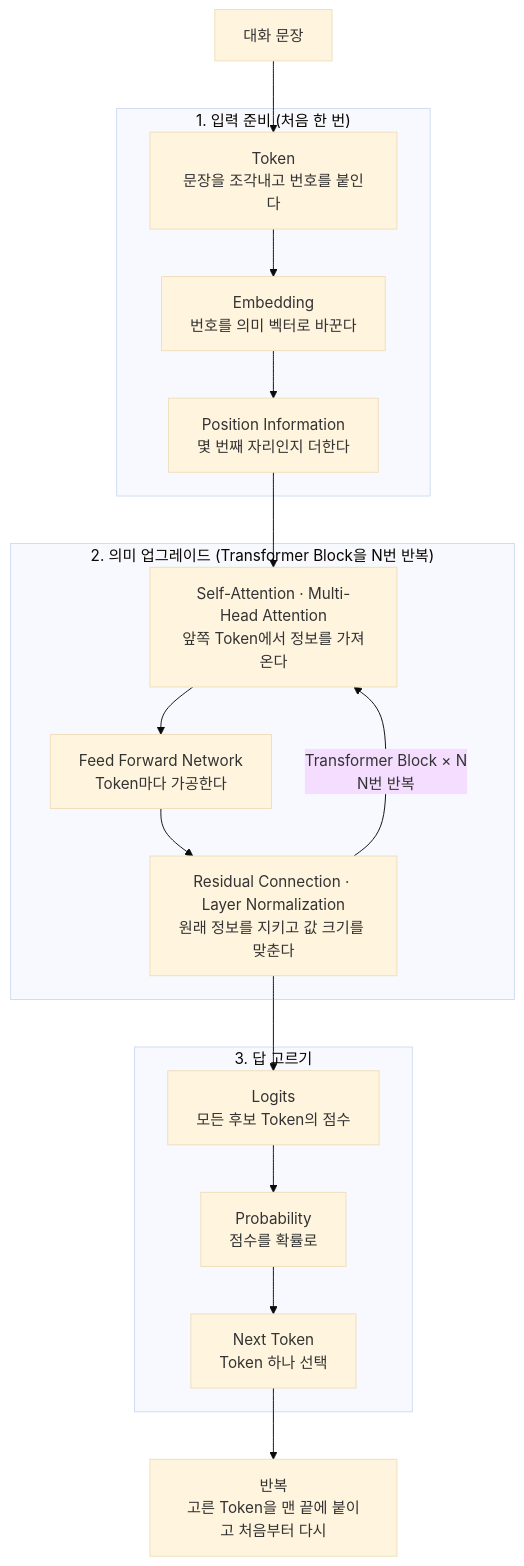
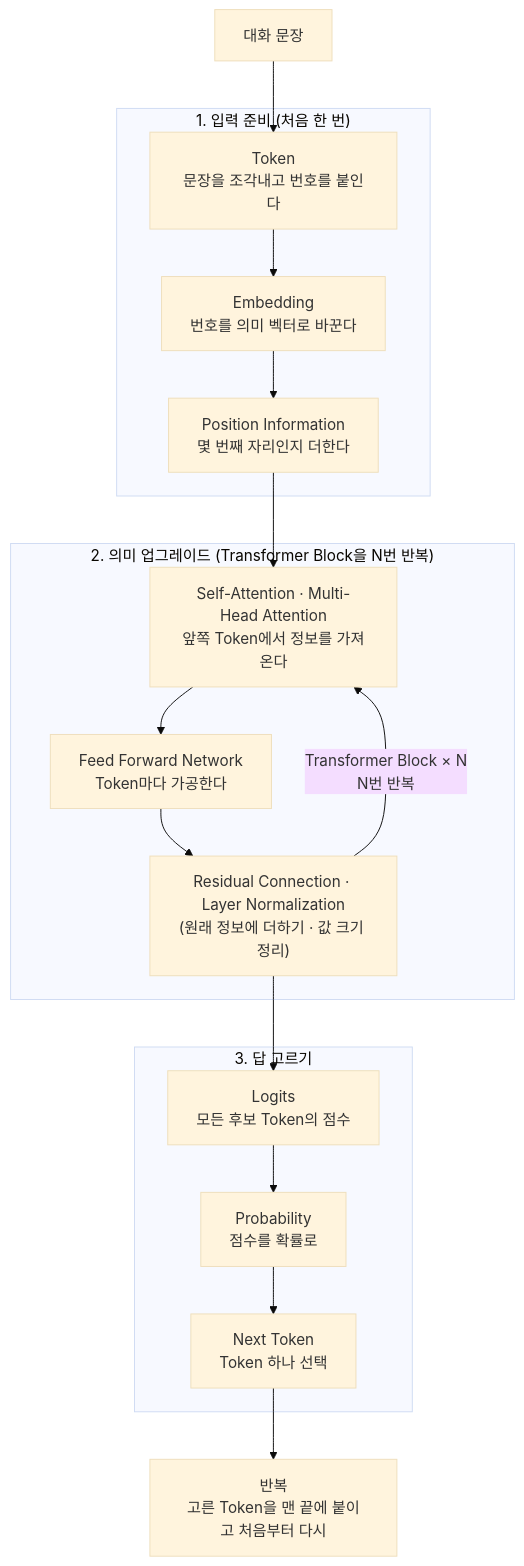
One commit to WontelliJ/build-nanogpt changed the first of 10 diagrams in docs/llm-transformer-wiki.md. Above: the diagram before and after it, drawn with Mermaid (base theme). The commit also changed other lines of this file and 1 other file, not shown here.

First line of the commit message:
Clarify prefill vs decode, BPE vocabulary, residual paths in LLM wiki

````diff
--- a/docs/llm-transformer-wiki.md
+++ b/docs/llm-transformer-wiki.md
@@ -38,26 +38,26 @@
 ```mermaid
 flowchart TD
     IN["대화 문장"] --> T
 
     subgraph P1["1. 입력 준비 (처음 한 번)"]
         T["Token<br/>문장을 조각내고 번호를 붙인다"] --> E["Embedding<br/>번호를 의미 벡터로 바꾼다"]
         E --> P["Position Information<br/>몇 번째 자리인지 더한다"]
     end
 
     P --> B
 
     subgraph P2["2. 의미 업그레이드 (Transformer Block을 N번 반복)"]
         B["Self-Attention · Multi-Head Attention<br/>앞쪽 Token에서 정보를 가져온다"] --> F["Feed Forward Network<br/>Token마다 가공한다"]
-        F --> RL["Residual Connection · Layer Normalization<br/>원래 정보를 지키고 값 크기를 맞춘다"]
+        F --> RL["Residual Connection · Layer Normalization<br/>(원래 정보에 더하기 · 값 크기 정리)"]
         RL -- "Transformer Block × N<br/>N번 반복" --> B
     end
 
     RL --> L
 
     subgraph P3["3. 답 고르기"]
         L["Logits<br/>모든 후보 Token의 점수"] --> PR["Probability<br/>점수를 확률로"]
         PR --> N["Next Token<br/>Token 하나 선택"]
     end
 
     N --> R["반복<br/>고른 Token을 맨 끝에 붙이고 처음부터 다시"]
 ```
````
